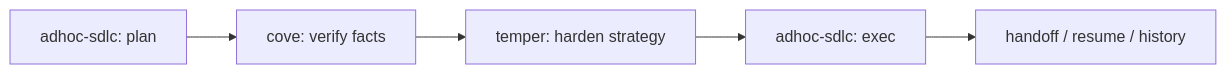
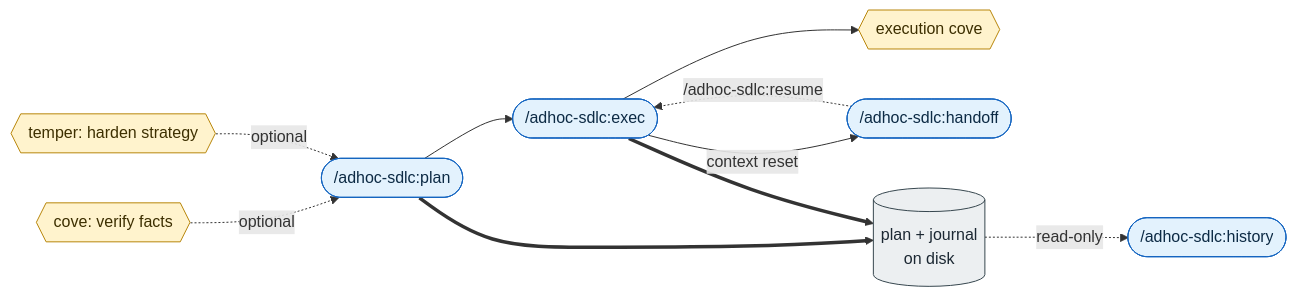
Before and after one commit to daniel-grabowski/adhoc-sdlc: the diagram in README.md, drawn with Mermaid. The commit also changed other lines of this file and 8 other files, not shown here.

Commit message:
docs: redesign diagramów mermaid (overview + session-flow) odwzorowujących faktyczną mechanikę

````diff
--- a/README.md
+++ b/README.md
@@ -43,7 +43,19 @@
 ```mermaid
 flowchart LR
-    plan["adhoc-sdlc: plan"] --> cove["cove: verify facts"]
-    cove --> temper["temper: harden strategy"]
-    temper --> exec["adhoc-sdlc: exec"]
-    exec --> ho["handoff / resume / history"]
+    cove{{"cove: verify facts"}} -.->|optional| plan
+    temper{{"temper: harden strategy"}} -.->|optional| plan
+    plan(["/adhoc-sdlc:plan"]) --> exec(["/adhoc-sdlc:exec"])
+    exec --> ecove{{"execution cove"}}
+    exec -->|context reset| handoff(["/adhoc-sdlc:handoff"])
+    handoff -.->|"/adhoc-sdlc:resume"| exec
+    plan ==> disk[("plan + journal<br/>on disk")]
+    exec ==> disk
+    disk -.->|read-only| history(["/adhoc-sdlc:history"])
+
+    classDef cmd fill:#e3f2fd,stroke:#1565c0,color:#0d2b45
+    classDef gate fill:#fff3cd,stroke:#b8860b,color:#3d2f00
+    classDef store fill:#eceff1,stroke:#37474f,color:#1c2833
+    class plan,exec,handoff,history cmd
+    class cove,temper,ecove gate
+    class disk store
 ```
````
